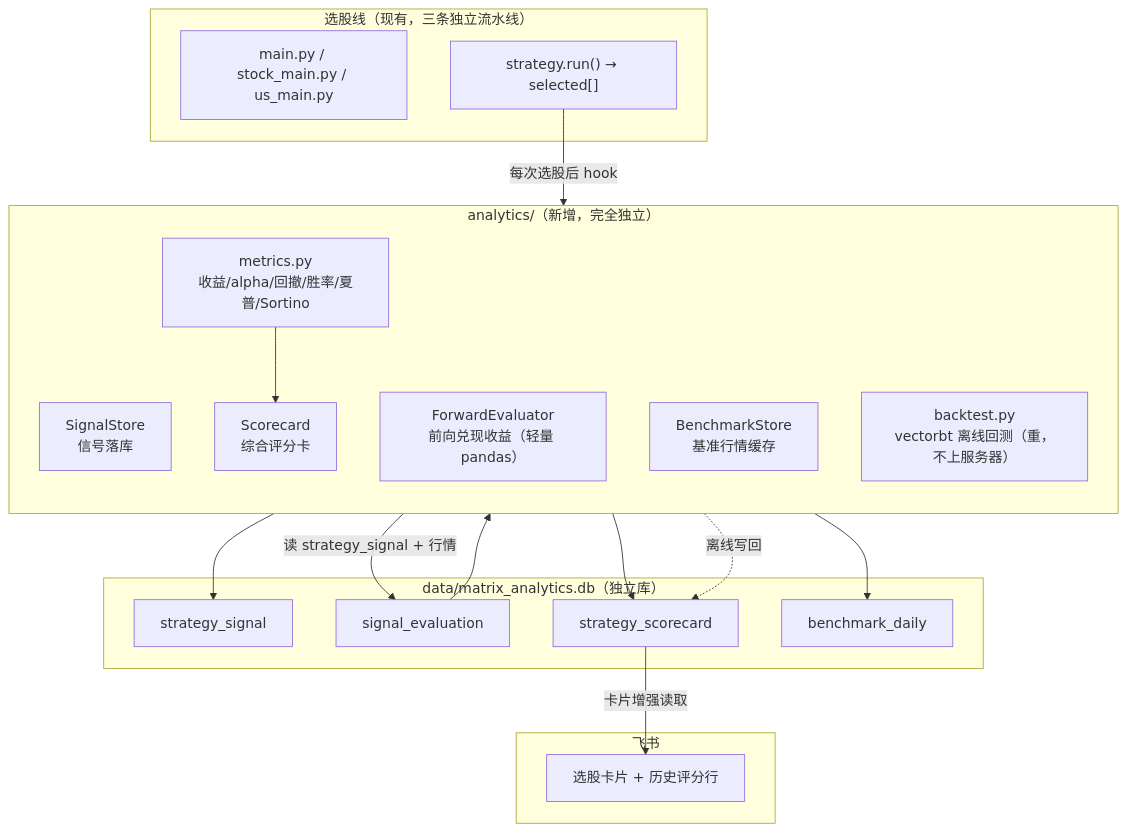
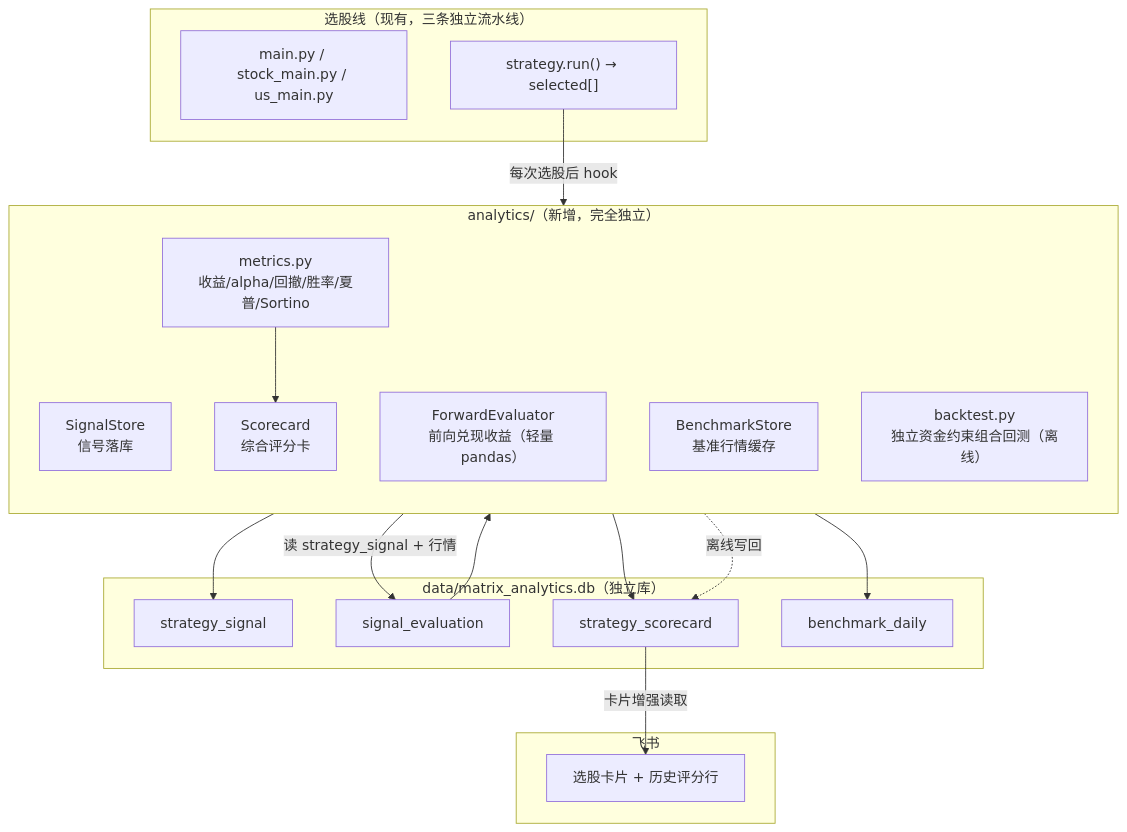
The diagram in docs/analytics.md (zongyangbigpolo/Matrix), drawn with Mermaid before and after one commit. The commit also changed other lines of this file and 25 other files, not shown here.

````diff
--- a/docs/analytics.md
+++ b/docs/analytics.md
@@ -74,36 +75,36 @@
 ```mermaid
 flowchart TD
     subgraph SELECT["选股线（现有，三条独立流水线）"]
         M1["main.py / stock_main.py / us_main.py"]
         M2["strategy.run() → selected[]"]
     end
 
     subgraph ANA["analytics/（新增，完全独立）"]
         direction TB
         SS["SignalStore<br/>信号落库"]
         FW["ForwardEvaluator<br/>前向兑现收益（轻量 pandas）"]
         MET["metrics.py<br/>收益/alpha/回撤/胜率/夏普/Sortino"]
         SC["Scorecard<br/>综合评分卡"]
         BM["BenchmarkStore<br/>基准行情缓存"]
-        BT["backtest.py<br/>vectorbt 离线回测（重，不上服务器）"]
+        BT["backtest.py<br/>独立资金约束组合回测（离线）"]
     end
 
     subgraph DB["data/matrix_analytics.db（独立库）"]
         T1["strategy_signal"]
         T2["signal_evaluation"]
         T3["strategy_scorecard"]
         T4["benchmark_daily"]
     end
 
     subgraph OUT["飞书"]
         F1["选股卡片 + 历史评分行"]
     end
 
     M2 -->|"每次选股后 hook"| SS --> T1
     FW -->|"读 strategy_signal + 行情"| T2
     BM --> T4
     MET --> SC --> T3
     T2 --> SC
     T3 -->|"卡片增强读取"| F1
     BT -.->|"离线写回"| T3
 ```
````
